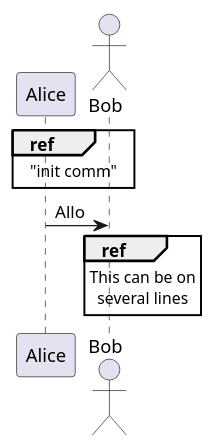
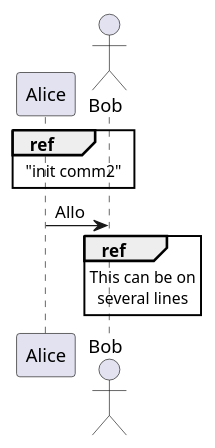
Before and after one commit to 14FRS851/Articles: the diagram in Project1/diagram.puml, drawn with PlantUML.

Commit message:
Change text

```diff
--- a/Project1/diagram.puml
+++ b/Project1/diagram.puml
@@ -1,13 +1,13 @@
 @startuml
 participant Alice
 actor Bob
 
-ref over Alice, Bob : "init comm"
+ref over Alice, Bob : "init comm2"
 
 Alice -> Bob : Allo
 
 ref over Bob
   This can be on
   several lines
 end ref
 @enduml
```
